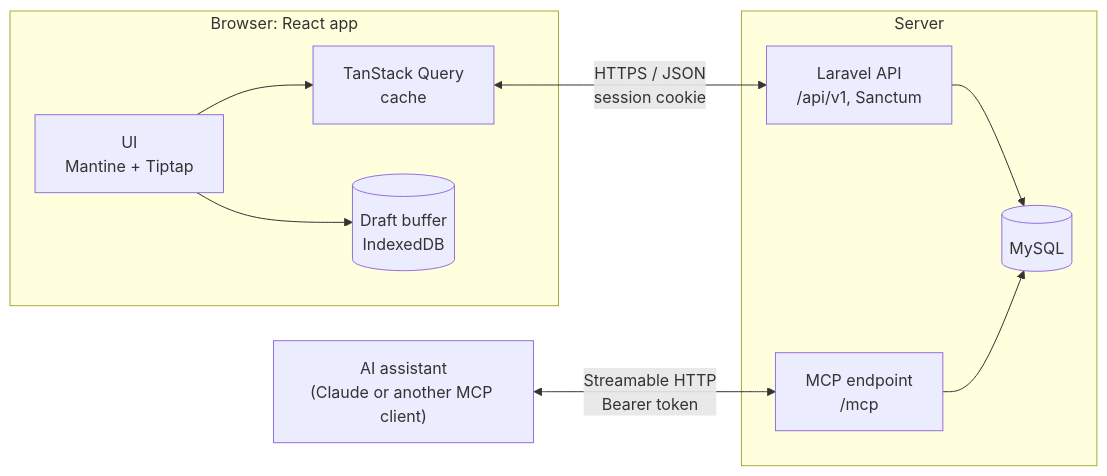
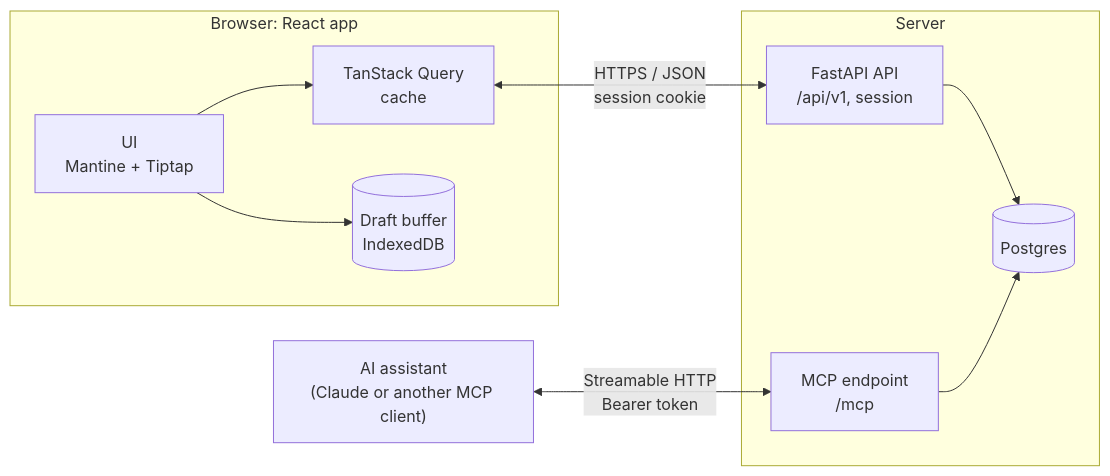
Before and after one commit to akashvichhi/notes: the diagram in README.md, drawn with Mermaid. The commit also changed other lines of this file and 10 other files, not shown here.

First line of the commit message:
chore: run the fastapi api and postgres with docker compose

````diff
--- a/README.md
+++ b/README.md
@@ -31,23 +30,23 @@
 ```mermaid
 flowchart LR
     subgraph browser["Browser: React app"]
         ui["UI<br/>Mantine + Tiptap"]
         cache["TanStack Query<br/>cache"]
         drafts[("Draft buffer<br/>IndexedDB")]
         ui --> cache
         ui --> drafts
     end
 
     subgraph server["Server"]
-        api["Laravel API<br/>/api/v1, Sanctum"]
+        api["FastAPI API<br/>/api/v1, session"]
         mcp["MCP endpoint<br/>/mcp"]
-        mysql[("MySQL")]
-        api --> mysql
-        mcp --> mysql
+        db[("Postgres")]
+        api --> db
+        mcp --> db
     end
 
     assistant["AI assistant<br/>(Claude or another MCP client)"]
 
     cache <-->|"HTTPS / JSON<br/>session cookie"| api
     assistant <-->|"Streamable HTTP<br/>Bearer token"| mcp
 ```
````
